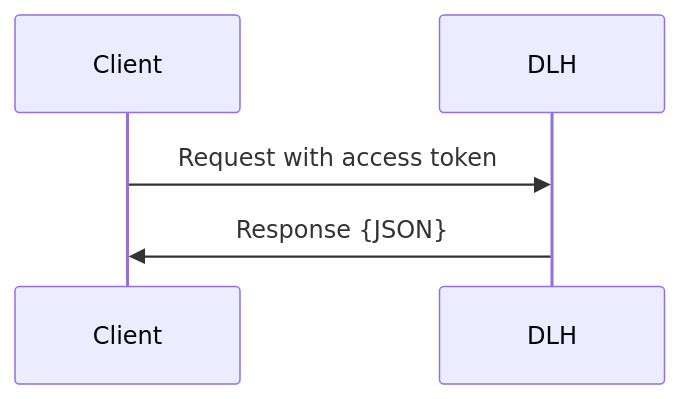
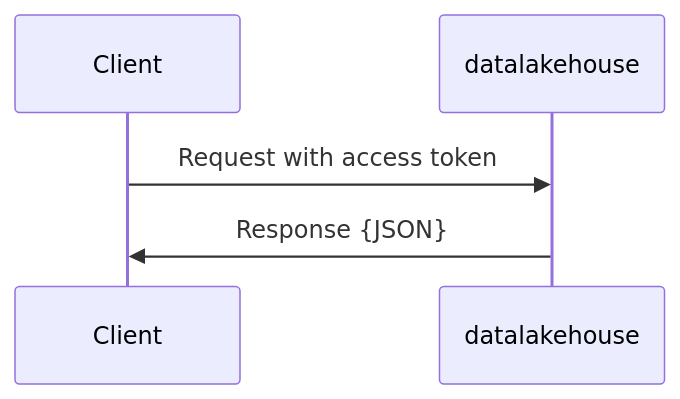
One commit to datalakehouse/docs changed the diagram in docs/tools/api/index.rst. Above: the diagram before and after it, drawn with Mermaid. The commit also changed other lines of this file and 127 other files, not shown here.

```diff
--- a/docs/tools/api/index.rst
+++ b/docs/tools/api/index.rst
@@ -19,8 +19,8 @@
 .. mermaid::
 
     sequenceDiagram
         participant Client
-        participant DLH
+        participant datalakehouse
 
-        Client->>DLH: Request with access token
-        DLH->>Client: Response {JSON}
+        Client->>datalakehouse: Request with access token
+        datalakehouse->>Client: Response {JSON}
```
